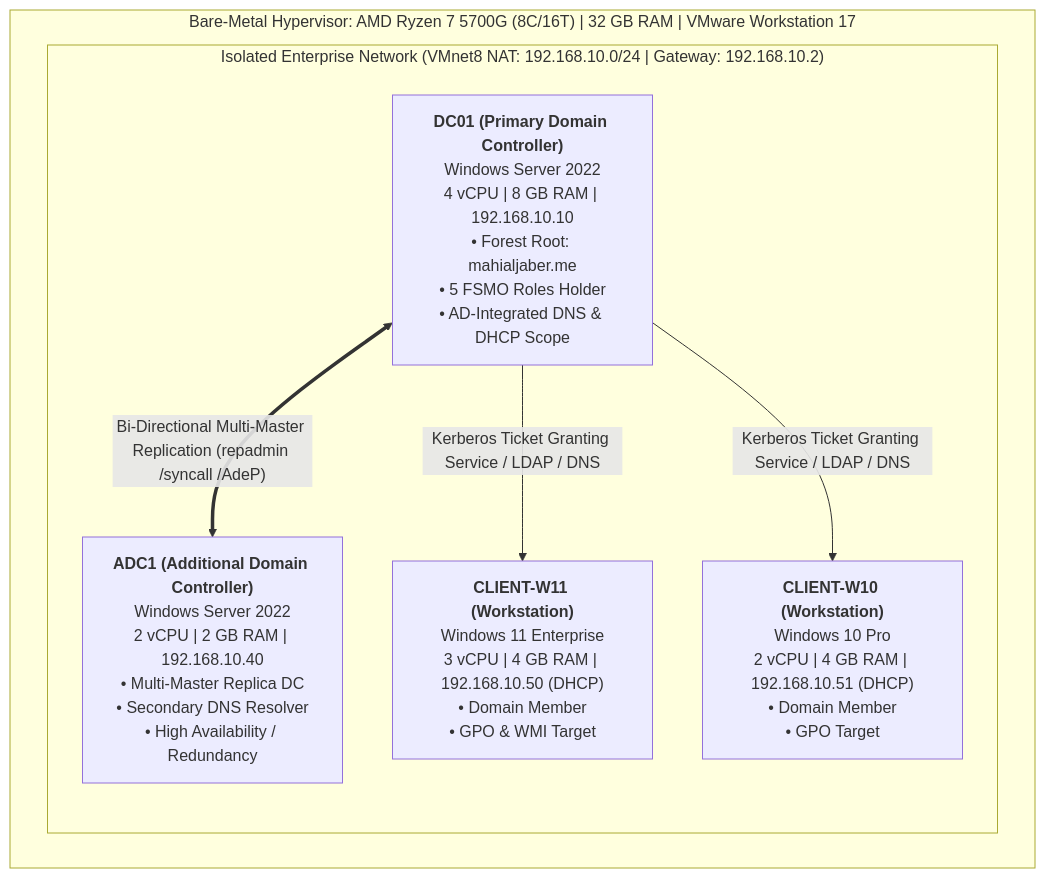
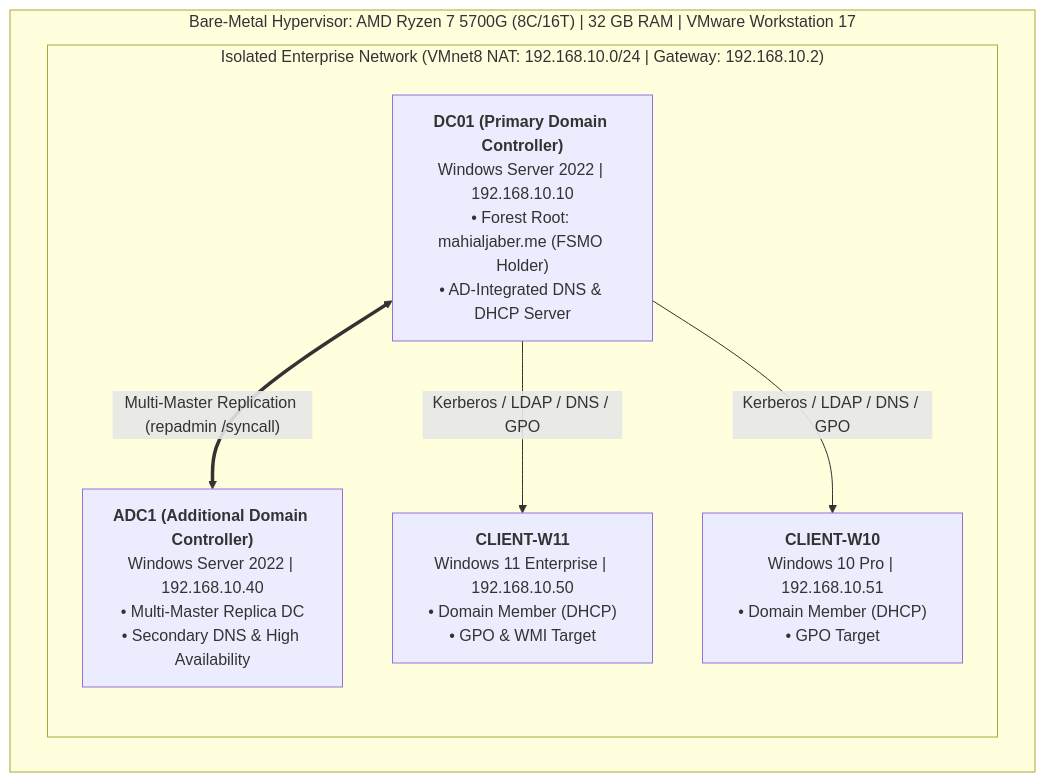
Before and after one commit to mahialjaber/enterprise-ad-soc-lab: the diagram in README.md, drawn with Mermaid. The commit also changed other lines of this file and 7 other files, not shown here.

````diff
--- a/README.md
+++ b/README.md
@@ -18,15 +16,15 @@
 ```mermaid
 graph TD
     subgraph Hypervisor ["Bare-Metal Hypervisor: AMD Ryzen 7 5700G (8C/16T) | 32 GB RAM | VMware Workstation 17"]
         subgraph Subnet ["Isolated Enterprise Network (VMnet8 NAT: 192.168.10.0/24 | Gateway: 192.168.10.2)"]
-            DC01["<b>DC01 (Primary Domain Controller)</b><br/>Windows Server 2022<br/>4 vCPU | 8 GB RAM | 192.168.10.10<br/>• Forest Root: mahialjaber.me<br/>• 5 FSMO Roles Holder<br/>• AD-Integrated DNS & DHCP Scope"]
-            ADC1["<b>ADC1 (Additional Domain Controller)</b><br/>Windows Server 2022<br/>2 vCPU | 2 GB RAM | 192.168.10.40<br/>• Multi-Master Replica DC<br/>• Secondary DNS Resolver<br/>• High Availability / Redundancy"]
-            W11["<b>CLIENT-W11 (Workstation)</b><br/>Windows 11 Enterprise<br/>3 vCPU | 4 GB RAM | 192.168.10.50 (DHCP)<br/>• Domain Member<br/>• GPO & WMI Target"]
-            W10["<b>CLIENT-W10 (Workstation)</b><br/>Windows 10 Pro<br/>2 vCPU | 4 GB RAM | 192.168.10.51 (DHCP)<br/>• Domain Member<br/>• GPO Target"]
+            DC01["<b>DC01 (Primary Domain Controller)</b><br/>Windows Server 2022 | 192.168.10.10<br/>• Forest Root: mahialjaber.me (FSMO Holder)<br/>• AD-Integrated DNS & DHCP Server"]
+            ADC1["<b>ADC1 (Additional Domain Controller)</b><br/>Windows Server 2022 | 192.168.10.40<br/>• Multi-Master Replica DC<br/>• Secondary DNS & High Availability"]
+            W11["<b>CLIENT-W11</b><br/>Windows 11 Enterprise | 192.168.10.50<br/>• Domain Member (DHCP)<br/>• GPO & WMI Target"]
+            W10["<b>CLIENT-W10</b><br/>Windows 10 Pro | 192.168.10.51<br/>• Domain Member (DHCP)<br/>• GPO Target"]
         end
     end
 
-    DC01 <== "Bi-Directional Multi-Master Replication (repadmin /syncall /AdeP)" ==> ADC1
-    DC01 --> |Kerberos Ticket Granting Service / LDAP / DNS| W11
-    DC01 --> |Kerberos Ticket Granting Service / LDAP / DNS| W10
+    DC01 <== "Multi-Master Replication (repadmin /syncall)" ==> ADC1
+    DC01 --> |Kerberos / LDAP / DNS / GPO| W11
+    DC01 --> |Kerberos / LDAP / DNS / GPO| W10
 ```
````
